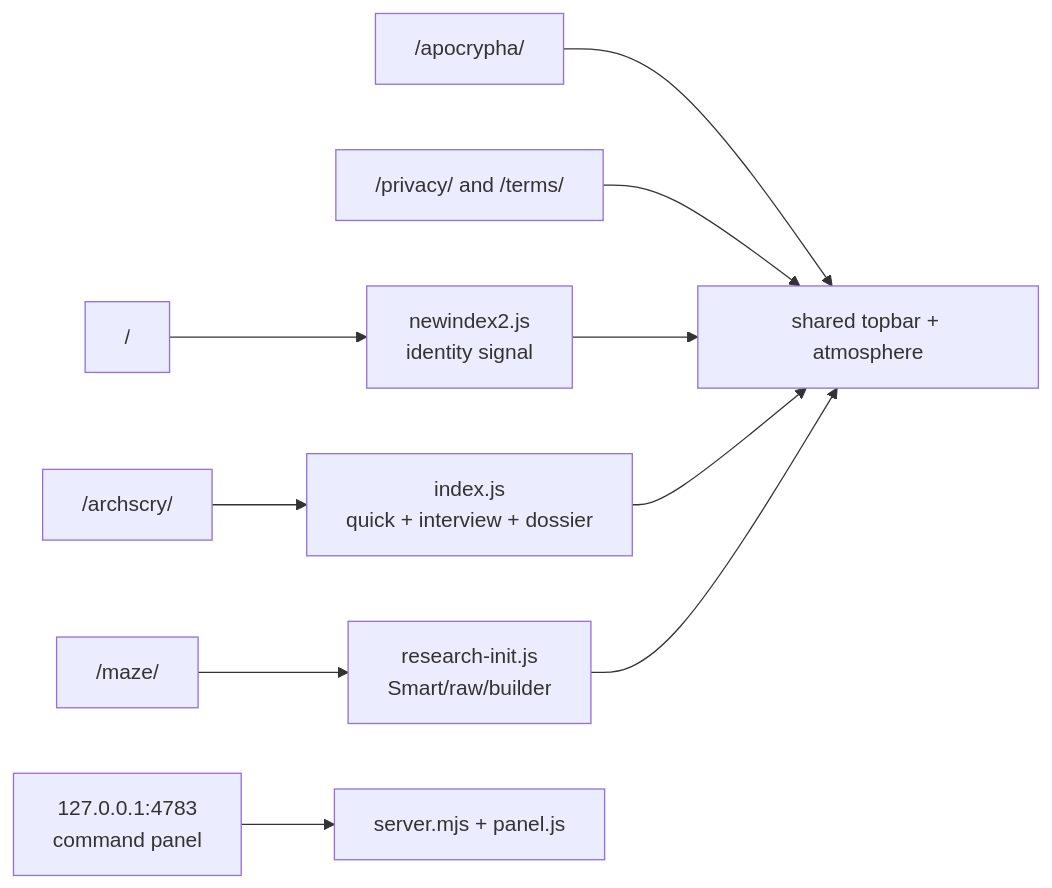
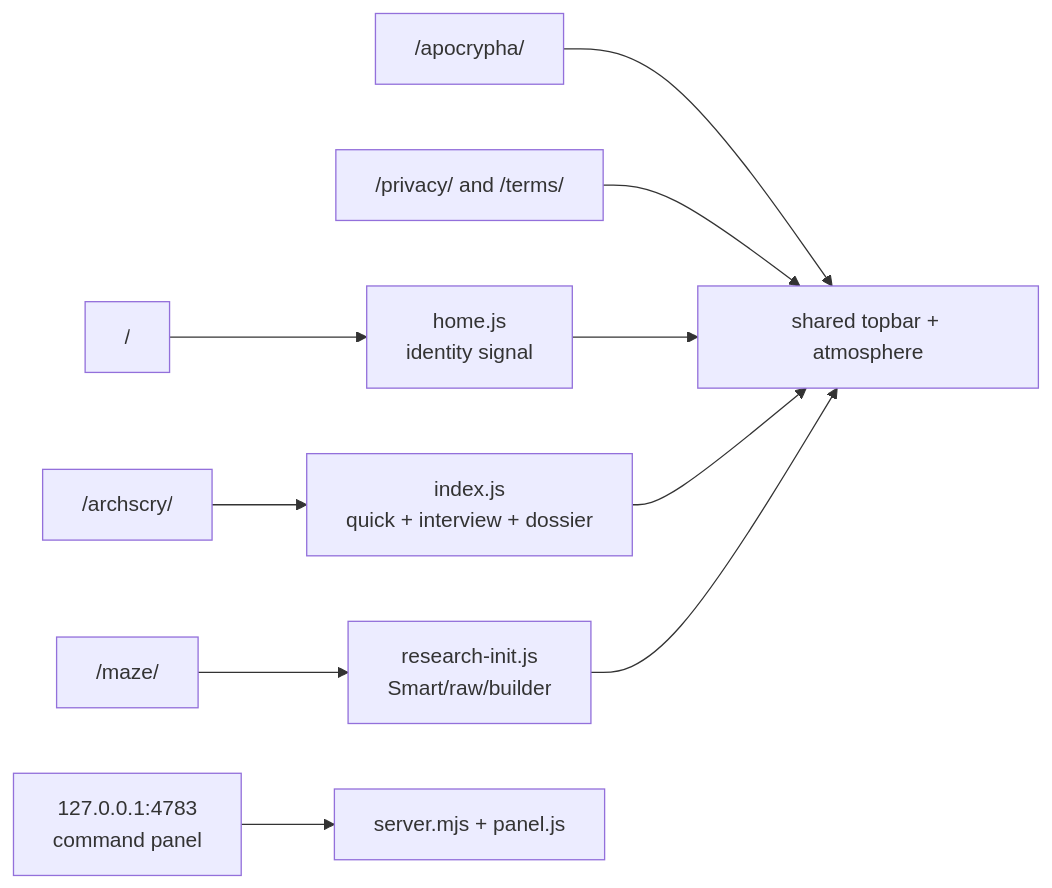
Before and after one commit to rboles84/mtgSiteWIP: the diagram in docs/diagrams/route-map.mmd, drawn with Mermaid. The commit also changed 599 other files, not shown here.

```diff
--- a/docs/diagrams/route-map.mmd
+++ b/docs/diagrams/route-map.mmd
@@ -1,21 +1,21 @@
 flowchart LR
   Root["/"]
-  HomeJS["newindex2.js<br/>identity signal"]
+  HomeJS["home.js<br/>identity signal"]
   Arch["/archscry/"]
   PlaceJS["index.js<br/>quick + interview + dossier"]
   Maze["/maze/"]
   ResearchJS["research-init.js<br/>Smart/raw/builder"]
   Library["/apocrypha/"]
   Policy["/privacy/ and /terms/"]
   Shared["shared topbar + atmosphere"]
   Panel["127.0.0.1:4783<br/>command panel"]
 
   Root --> HomeJS
   Arch --> PlaceJS
   Maze --> ResearchJS
   Library --> Shared
   Policy --> Shared
   HomeJS --> Shared
   PlaceJS --> Shared
   ResearchJS --> Shared
   Panel --> SharedPanel["server.mjs + panel.js"]
```
